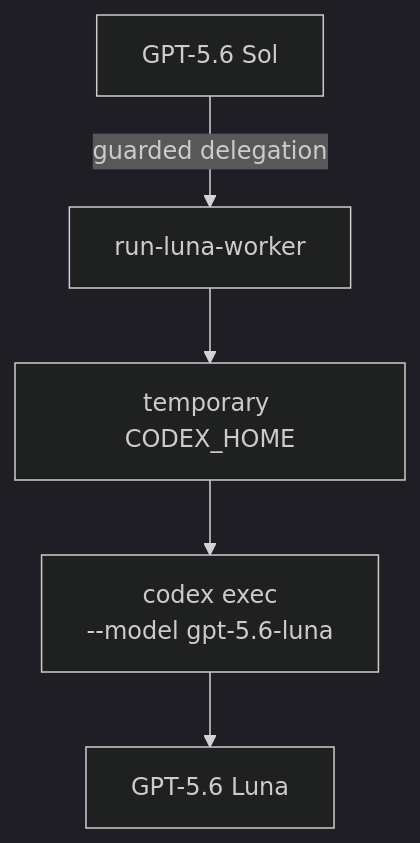
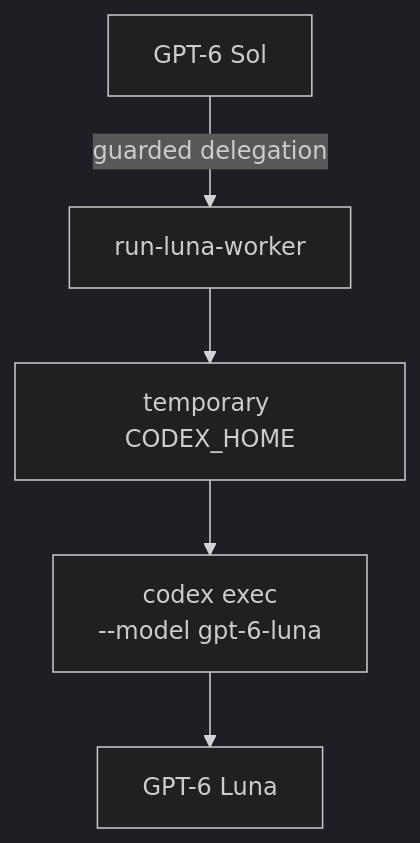
One commit to whitedoll99/codex-exosphere changed the third of 3 diagrams in README.md. Above: the diagram before and after it, drawn with Mermaid (dark theme). The commit also changed other lines of this file and 7 other files, not shown here.

Commit message:
feat: route Sol and Luna through GPT-6

````diff
--- a/README.md
+++ b/README.md
@@ -217,7 +217,7 @@
 ```mermaid
 flowchart TD
-    S["GPT-5.6 Sol"] -->|"guarded delegation"| W["run-luna-worker"]
+    S["GPT-6 Sol"] -->|"guarded delegation"| W["run-luna-worker"]
     W --> H["temporary CODEX_HOME"]
-    H --> E["codex exec<br/>--model gpt-5.6-luna"]
-    E --> L["GPT-5.6 Luna"]
+    H --> E["codex exec<br/>--model gpt-6-luna"]
+    E --> L["GPT-6 Luna"]
 ```
````
